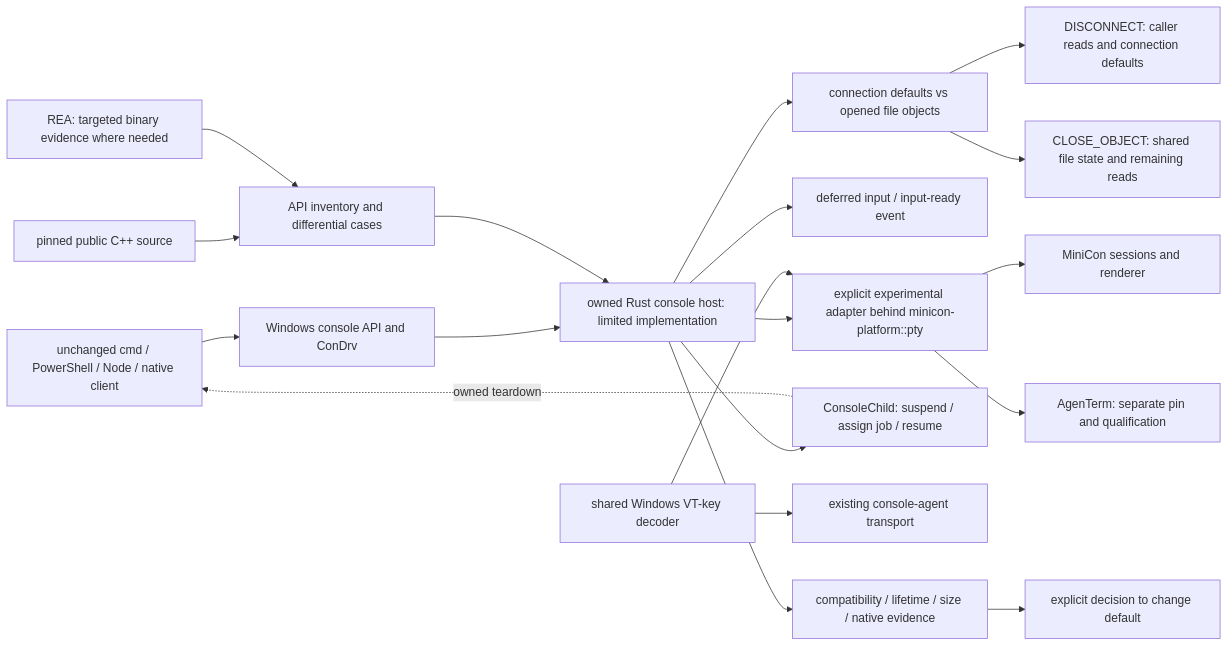
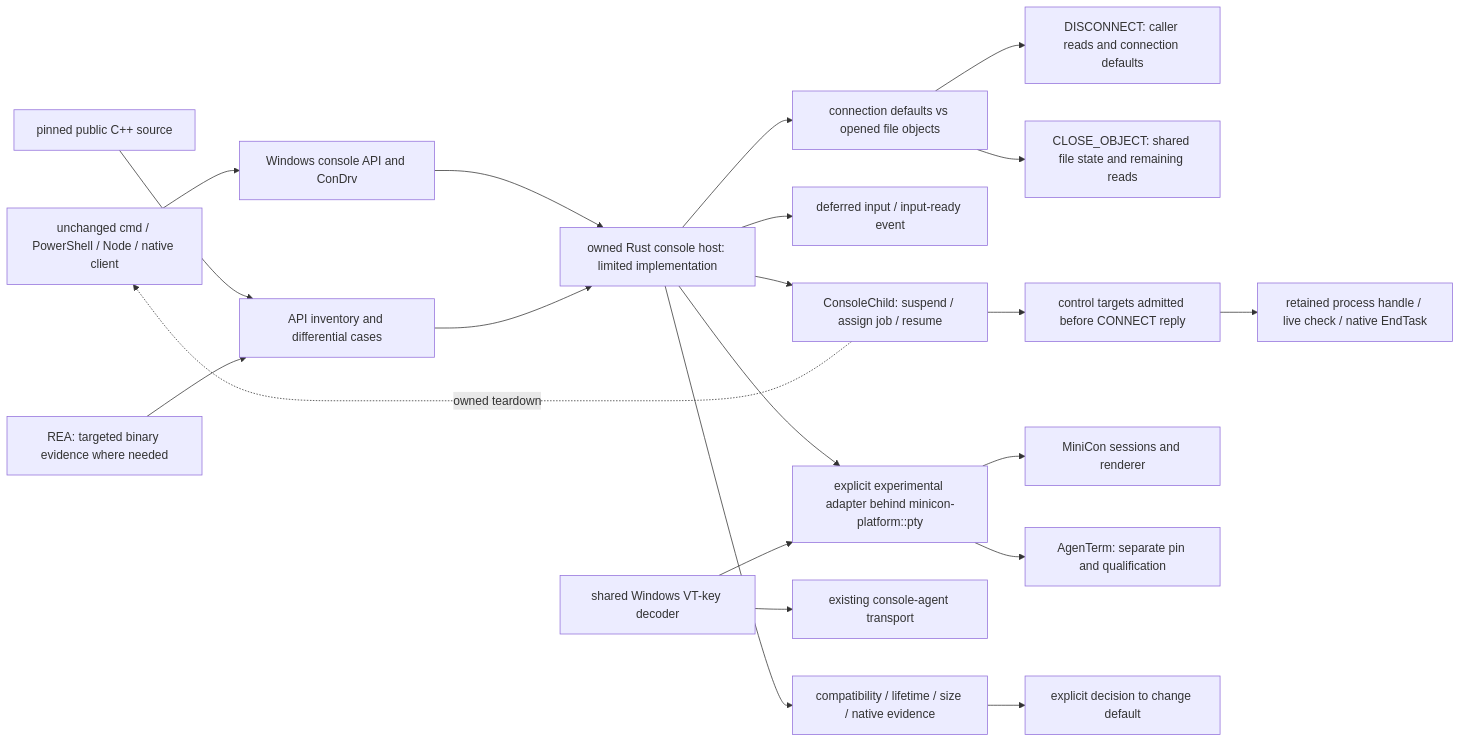
One commit to partnernetsoftware/minicon changed the diagram in prd/PRD_02_34_windows_console_backend.md. Above: the diagram before and after it, drawn with Mermaid. The commit also changed other lines of this file and 14 other files, not shown here.

````diff
--- a/prd/PRD_02_34_windows_console_backend.md
+++ b/prd/PRD_02_34_windows_console_backend.md
@@ -51,21 +54,23 @@
 ```mermaid
 flowchart LR
     CLIENT["unchanged cmd / PowerShell / Node / native client"] --> API["Windows console API and ConDrv"]
     API --> HOST["owned Rust console host: limited implementation"]
     HOST --> ADAPTER["explicit experimental adapter behind minicon-platform::pty"]
     HOST --> INPUT["deferred input / input-ready event"]
     HOST --> LIFE["connection defaults vs opened file objects"]
     LIFE --> DEFAULTS["DISCONNECT: caller reads and connection defaults"]
     LIFE --> FILES["CLOSE_OBJECT: shared file state and remaining reads"]
     HOST --> JOB["ConsoleChild: suspend / assign job / resume"]
+    JOB --> SIGNAL["control targets admitted before CONNECT reply"]
+    SIGNAL --> RETAIN["retained process handle / live check / native EndTask"]
     JOB -. "owned teardown" .-> CLIENT
     ADAPTER --> MC["MiniCon sessions and renderer"]
     ADAPTER --> AG["AgenTerm: separate pin and qualification"]
     KEYS["shared Windows VT-key decoder"] --> ADAPTER
     KEYS --> OLD["existing console-agent transport"]
     SRC["pinned public C++ source"] --> SPEC["API inventory and differential cases"]
     REA["REA: targeted binary evidence where needed"] --> SPEC
     SPEC --> HOST
     GATE["compatibility / lifetime / size / native evidence"] --> DEFAULT["explicit decision to change default"]
     HOST --> GATE
 ```
````
